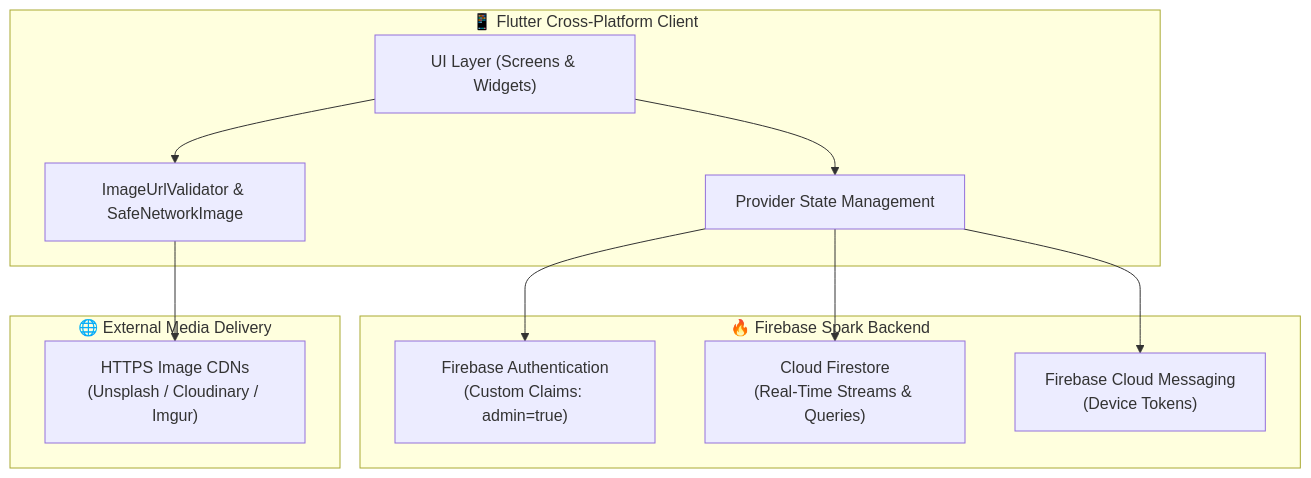
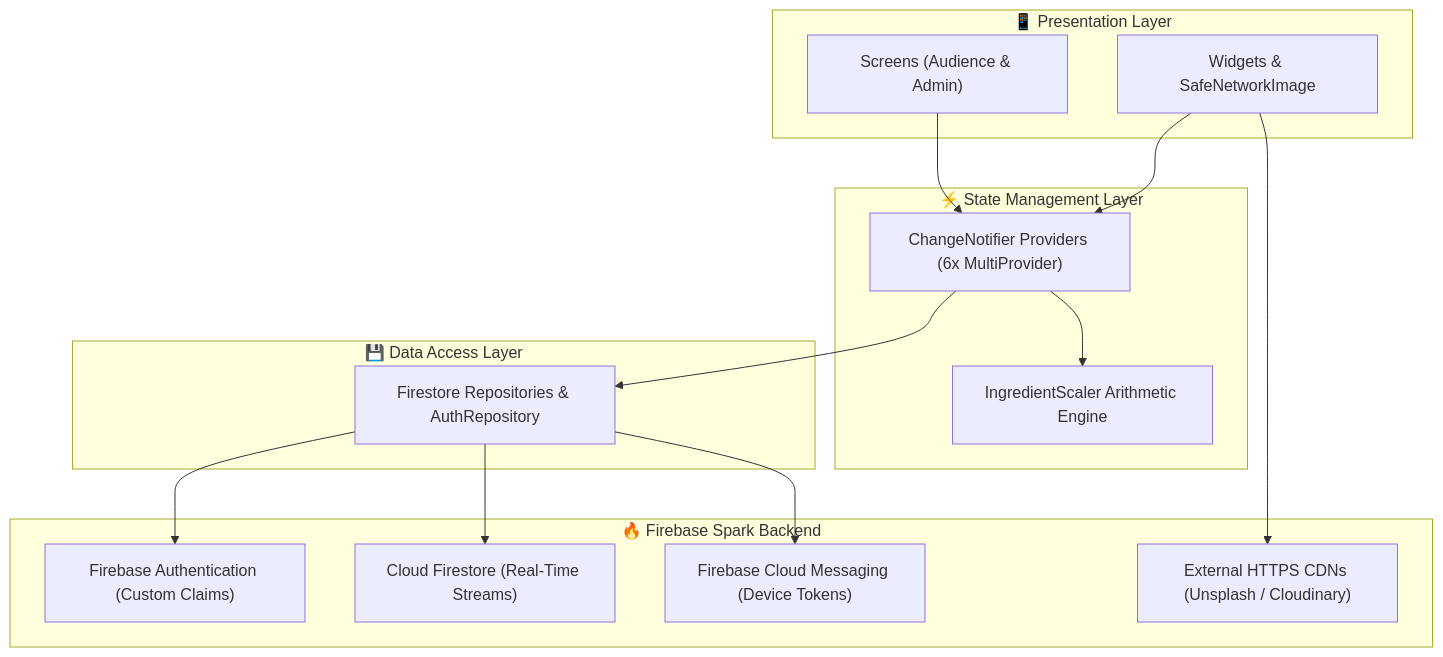
Before and after one commit to SOURAVcse9/recipe-app-flutter-firebase: the diagram in README.md, drawn with Mermaid. The commit also changed other lines of this file and 1 other file, not shown here.

````diff
--- a/README.md
+++ b/README.md
@@ -113,25 +56,32 @@
 ```mermaid
 graph TD
-    subgraph Client ["📱 Flutter Cross-Platform Client"]
-        UI["UI Layer (Screens & Widgets)"]
-        PV["Provider State Management"]
-        VAL["ImageUrlValidator & SafeNetworkImage"]
+    subgraph UI ["📱 Presentation Layer"]
+        Screens["Screens (Audience & Admin)"]
+        Widgets["Widgets & SafeNetworkImage"]
     end
 
-    subgraph Firebase ["🔥 Firebase Spark Backend"]
-        AUTH["Firebase Authentication\n(Custom Claims: admin=true)"]
-        FS["Cloud Firestore\n(Real-Time Streams & Queries)"]
-        FCM["Firebase Cloud Messaging\n(Device Tokens)"]
+    subgraph State ["⚡ State Management Layer"]
+        Prov["ChangeNotifier Providers (6x MultiProvider)"]
+        Scaler["IngredientScaler Arithmetic Engine"]
     end
 
-    subgraph CDN ["🌐 External Media Delivery"]
-        IMG["HTTPS Image CDNs\n(Unsplash / Cloudinary / Imgur)"]
+    subgraph Data ["💾 Data Access Layer"]
+        Repos["Firestore Repositories & AuthRepository"]
     end
 
-    UI --> PV
-    PV --> AUTH
-    PV --> FS
-    PV --> FCM
-    UI --> VAL
-    VAL --> IMG
+    subgraph Cloud ["🔥 Firebase Spark Backend"]
+        Auth["Firebase Authentication (Custom Claims)"]
+        Firestore["Cloud Firestore (Real-Time Streams)"]
+        FCM["Firebase Cloud Messaging (Device Tokens)"]
+        CDN["External HTTPS CDNs (Unsplash / Cloudinary)"]
+    end
+
+    Screens --> Prov
+    Widgets --> Prov
+    Prov --> Scaler
+    Prov --> Repos
+    Repos --> Auth
+    Repos --> Firestore
+    Repos --> FCM
+    Widgets --> CDN
 ```
````
